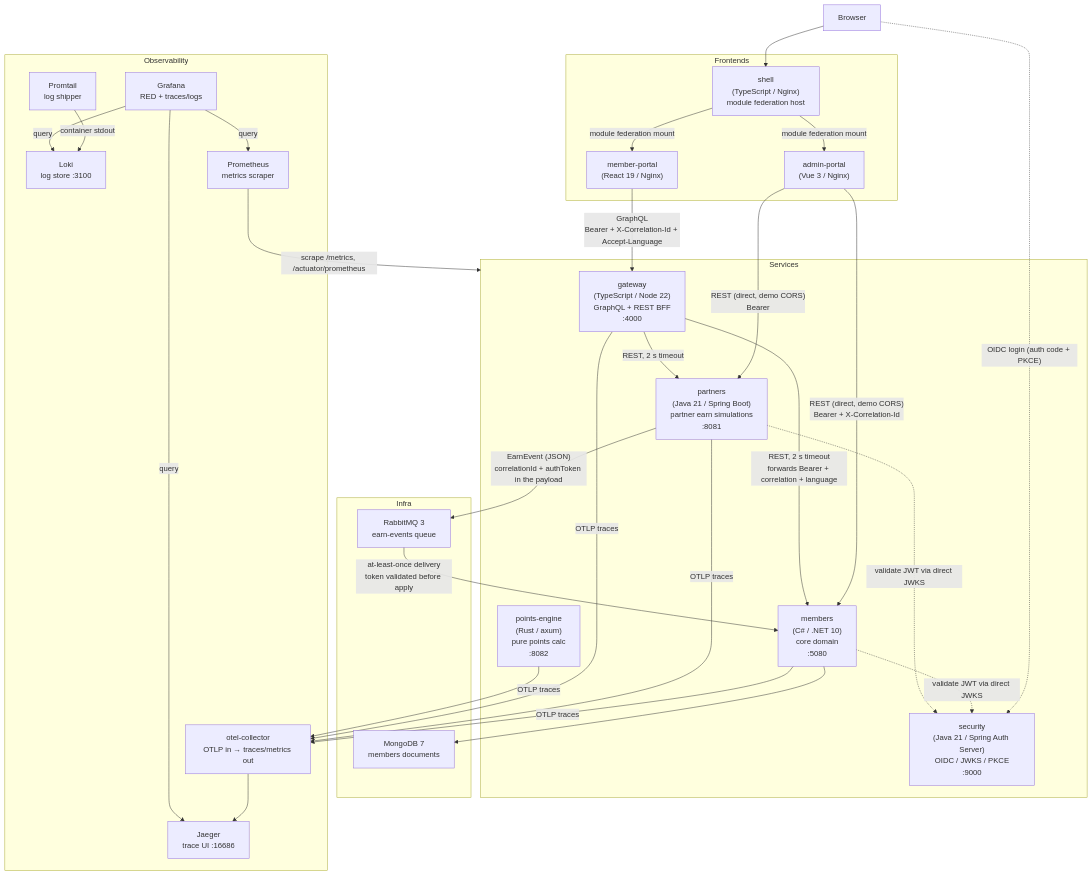
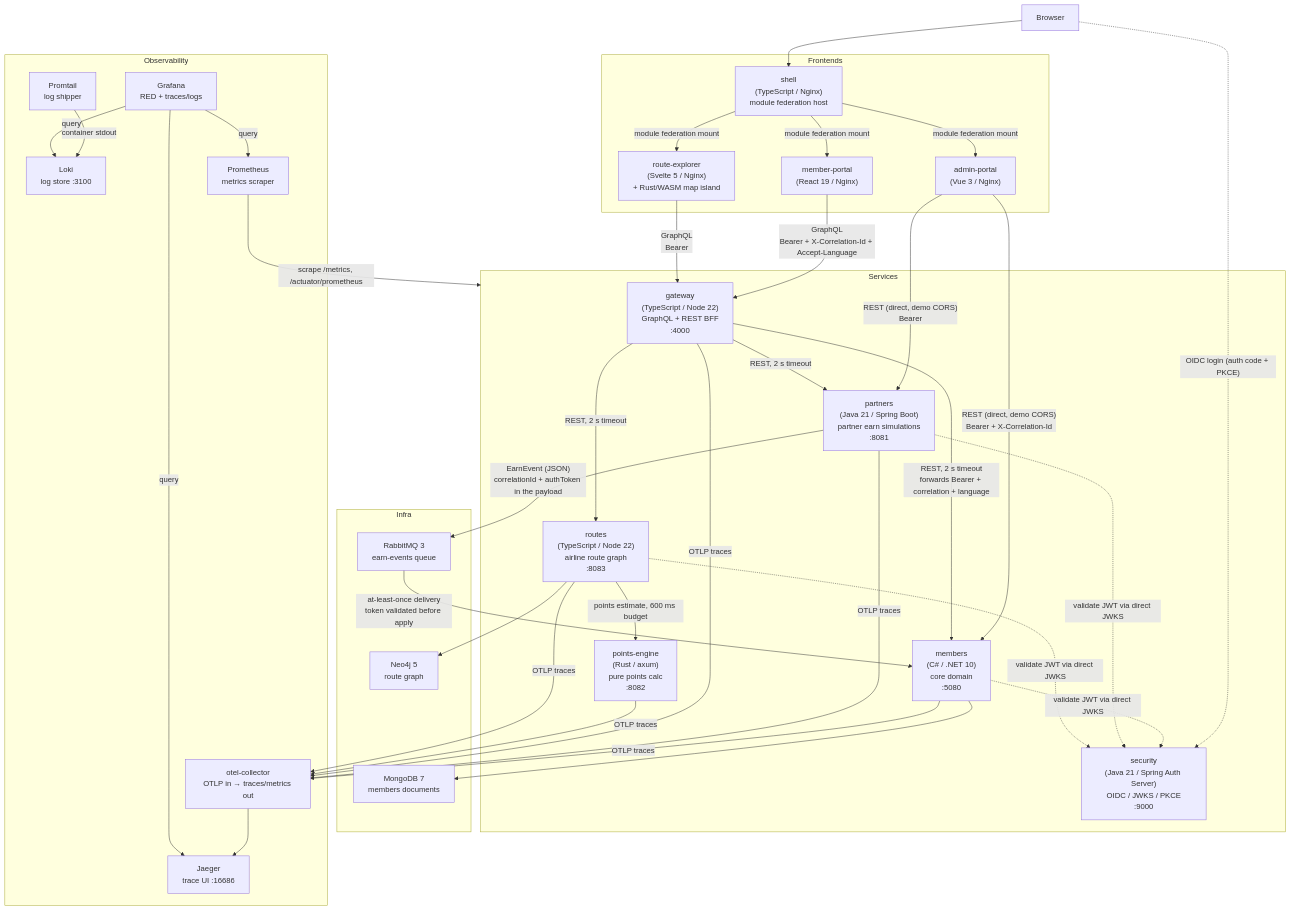
The diagram in docs/architecture.md (dankli/OspreyLoyalty), drawn with Mermaid before and after one commit. The commit also changed other lines of this file and 16 other files, not shown here.

````diff
--- a/docs/architecture.md
+++ b/docs/architecture.md
@@ -9,58 +9,66 @@
 ```mermaid
 flowchart TD
     Browser["Browser"]
 
     subgraph Frontends
         Shell["shell<br/>(TypeScript / Nginx)<br/>module federation host"]
         MemberPortal["member-portal<br/>(React 19 / Nginx)"]
         AdminPortal["admin-portal<br/>(Vue 3 / Nginx)"]
+        RouteExplorer["route-explorer<br/>(Svelte 5 / Nginx)<br/>+ Rust/WASM map island"]
     end
 
     subgraph Services
         Gateway["gateway<br/>(TypeScript / Node 22)<br/>GraphQL + REST BFF<br/>:4000"]
         Members["members<br/>(C# / .NET 10)<br/>core domain<br/>:5080"]
         Partners["partners<br/>(Java 21 / Spring Boot)<br/>partner earn simulations<br/>:8081"]
         Security["security<br/>(Java 21 / Spring Auth Server)<br/>OIDC / JWKS / PKCE<br/>:9000"]
         PointsEngine["points-engine<br/>(Rust / axum)<br/>pure points calc<br/>:8082"]
+        Routes["routes<br/>(TypeScript / Node 22)<br/>airline route graph<br/>:8083"]
     end
 
     subgraph Infra
         RabbitMQ["RabbitMQ 3<br/>earn-events queue"]
         Mongo["MongoDB 7<br/>members documents"]
+        Neo4j["Neo4j 5<br/>route graph"]
     end
 
     subgraph Observability
         OTel["otel-collector<br/>OTLP in → traces/metrics out"]
         Jaeger["Jaeger<br/>trace UI :16686"]
         Loki["Loki<br/>log store :3100"]
         Promtail["Promtail<br/>log shipper"]
         Prometheus["Prometheus<br/>metrics scraper"]
         Grafana["Grafana<br/>RED + traces/logs"]
     end
 
     Browser --> Shell
     Shell -->|"module federation mount"| MemberPortal
     Shell -->|"module federation mount"| AdminPortal
+    Shell -->|"module federation mount"| RouteExplorer
     Browser -.->|"OIDC login (auth code + PKCE)"| Security
 
     MemberPortal -->|"GraphQL<br/>Bearer + X-Correlation-Id + Accept-Language"| Gateway
+    RouteExplorer -->|"GraphQL<br/>Bearer"| Gateway
     AdminPortal -->|"REST (direct, demo CORS)<br/>Bearer + X-Correlation-Id"| Members
     AdminPortal -->|"REST (direct, demo CORS)<br/>Bearer"| Partners
 
     Gateway -->|"REST, 2 s timeout<br/>forwards Bearer + correlation + language"| Members
     Gateway -->|"REST, 2 s timeout"| Partners
+    Gateway -->|"REST, 2 s timeout"| Routes
 
     Partners -->|"EarnEvent (JSON)<br/>correlationId + authToken in the payload"| RabbitMQ
     RabbitMQ -->|"at-least-once delivery<br/>token validated before apply"| Members
 
     Members --> Mongo
-    Members & Partners -.->|"validate JWT via direct JWKS"| Security
+    Routes --> Neo4j
+    Routes -->|"points estimate, 600 ms budget"| PointsEngine
+    Members & Partners & Routes -.->|"validate JWT via direct JWKS"| Security
 
-    Members & Partners & Gateway & PointsEngine -->|"OTLP traces"| OTel
+    Members & Partners & Gateway & PointsEngine & Routes -->|"OTLP traces"| OTel
     OTel --> Jaeger
     Promtail -->|"container stdout"| Loki
     Prometheus -->|"scrape /metrics, /actuator/prometheus"| Services
     Grafana -->|"query"| Prometheus
     Grafana -->|"query"| Jaeger
     Grafana -->|"query"| Loki
 ```
````
